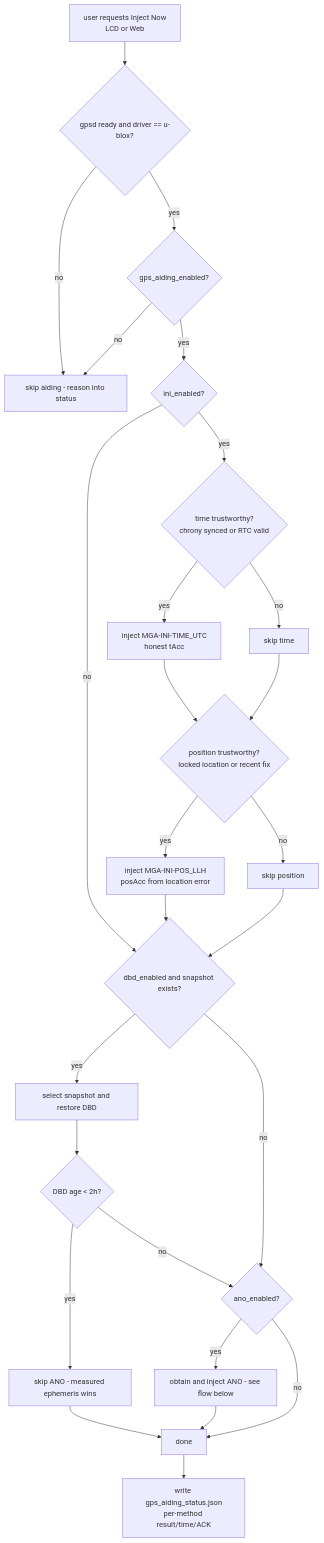
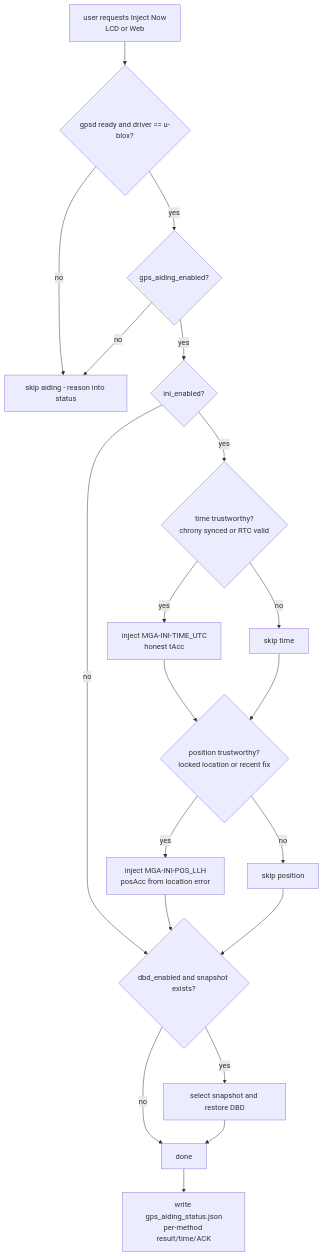
The first of 4 diagrams in docs/mf_gps_aiding_plan_en.md (hjoungjoo/MF_PiFinder), drawn with Mermaid before and after one commit. The commit also changed other lines of this file and 1 other file, not shown here.

````diff
--- a/docs/mf_gps_aiding_plan_en.md
+++ b/docs/mf_gps_aiding_plan_en.md
@@ -114,28 +125,22 @@
 ```mermaid
 flowchart TD
     A[user requests Inject Now<br/>LCD or Web] --> B{gpsd ready and driver == u-blox?}
     B -->|no| Z1[skip aiding - reason into status]
     B -->|yes| C{gps_aiding_enabled?}
     C -->|no| Z1
     C -->|yes| C2{ini_enabled?}
     C2 -->|no| J
     C2 -->|yes| D{time trustworthy?<br/>chrony synced or RTC valid}
     D -->|yes| E[inject MGA-INI-TIME_UTC<br/>honest tAcc]
     D -->|no| F[skip time]
     E --> G{position trustworthy?<br/>locked location or recent fix}
     F --> G
     G -->|yes| H[inject MGA-INI-POS_LLH<br/>posAcc from location error]
     G -->|no| I[skip position]
     H --> J{dbd_enabled and snapshot exists?}
     I --> J
     J -->|yes| K[select snapshot and restore DBD]
-    J -->|no| L{ano_enabled?}
-    K --> M{DBD age < 2h?}
-    M -->|yes| N[skip ANO - measured ephemeris wins]
-    M -->|no| L
-    L -->|yes| O[obtain and inject ANO - see flow below]
-    L -->|no| P[done]
-    N --> P
-    O --> P
+    J -->|no| P[done]
+    K --> P
     P --> Q[write gps_aiding_status.json<br/>per-method result/time/ACK]
 ```
````
